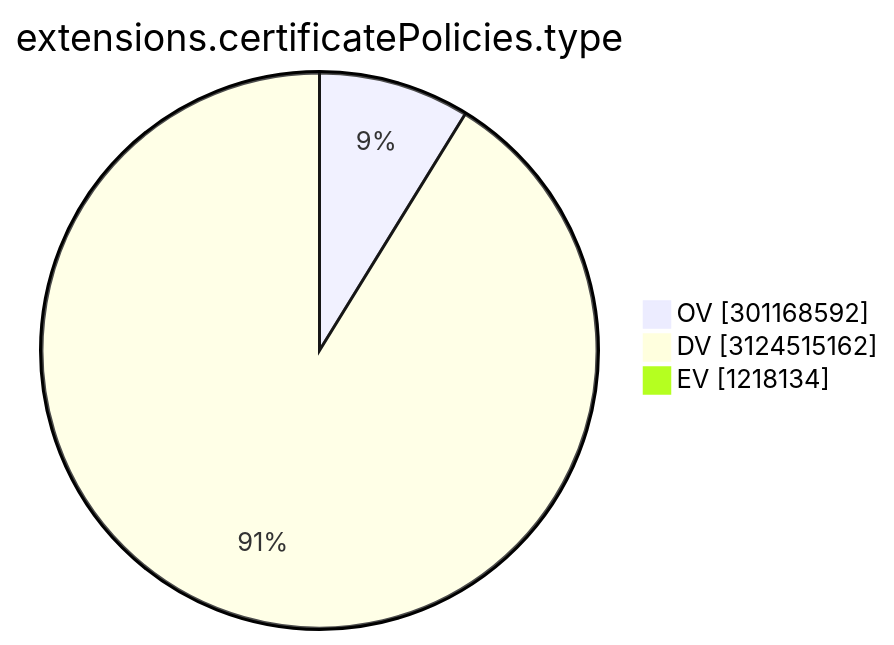
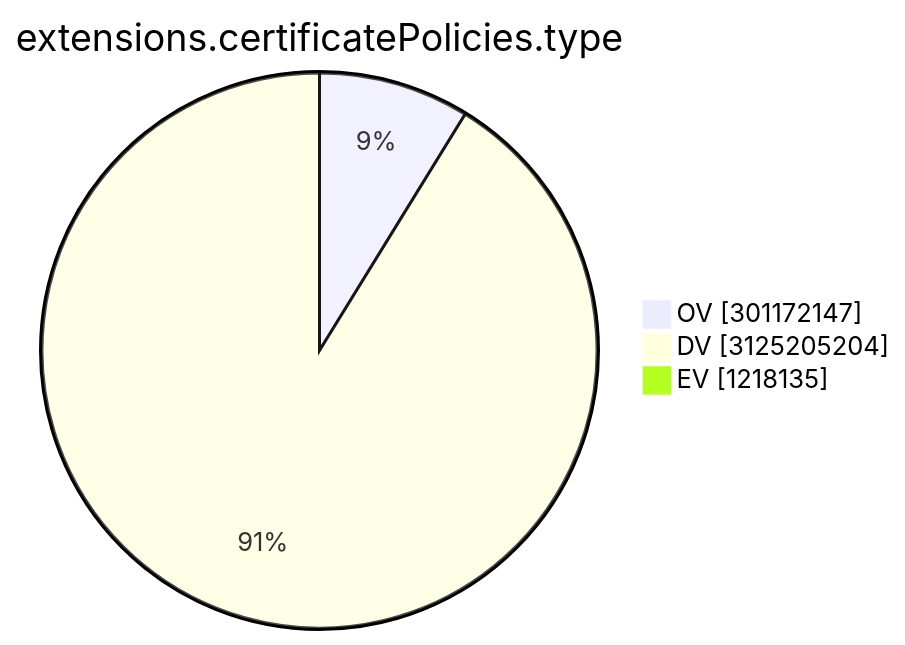
The ninth of 15 diagrams in TOTAL/README.md (christiankrug/ctmonitor_visualization), drawn with Mermaid before and after one commit. The commit also changed other lines of this file, not shown here.

````diff
--- a/TOTAL/README.md
+++ b/TOTAL/README.md
@@ -3104,7 +3104,7 @@
 ```mermaid
 pie showData
 title extensions.certificatePolicies.type
-"OV" :301168592
-"DV" :3124515162
-"EV" :1218134
+"OV" :301172147
+"DV" :3125205204
+"EV" :1218135
 ```
````
